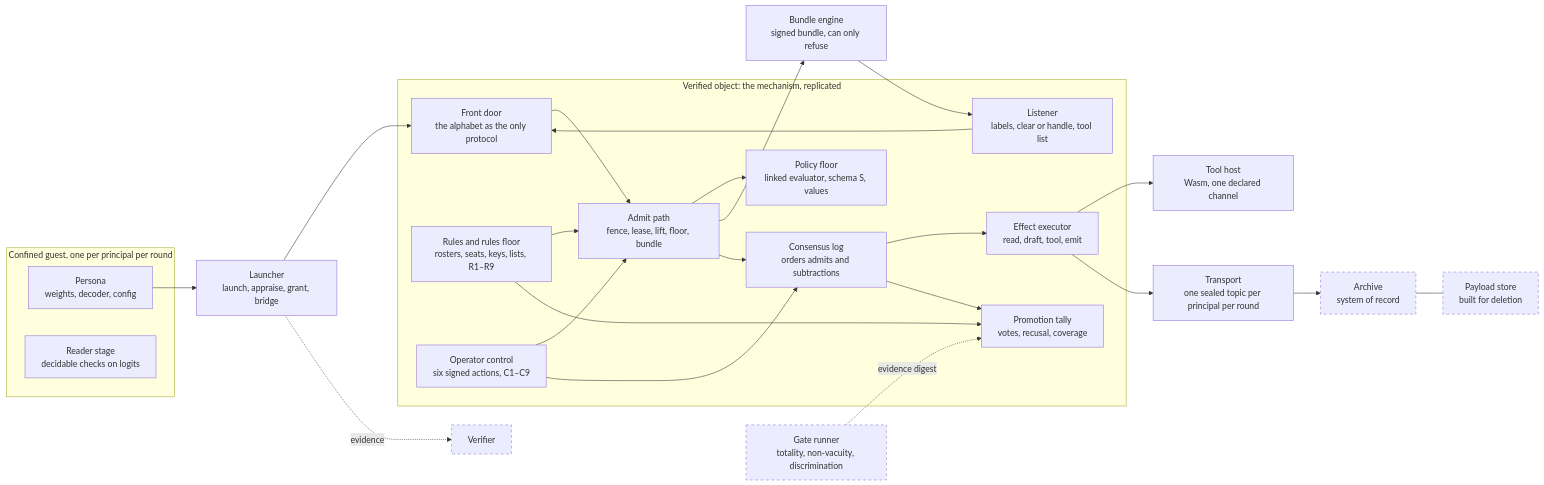
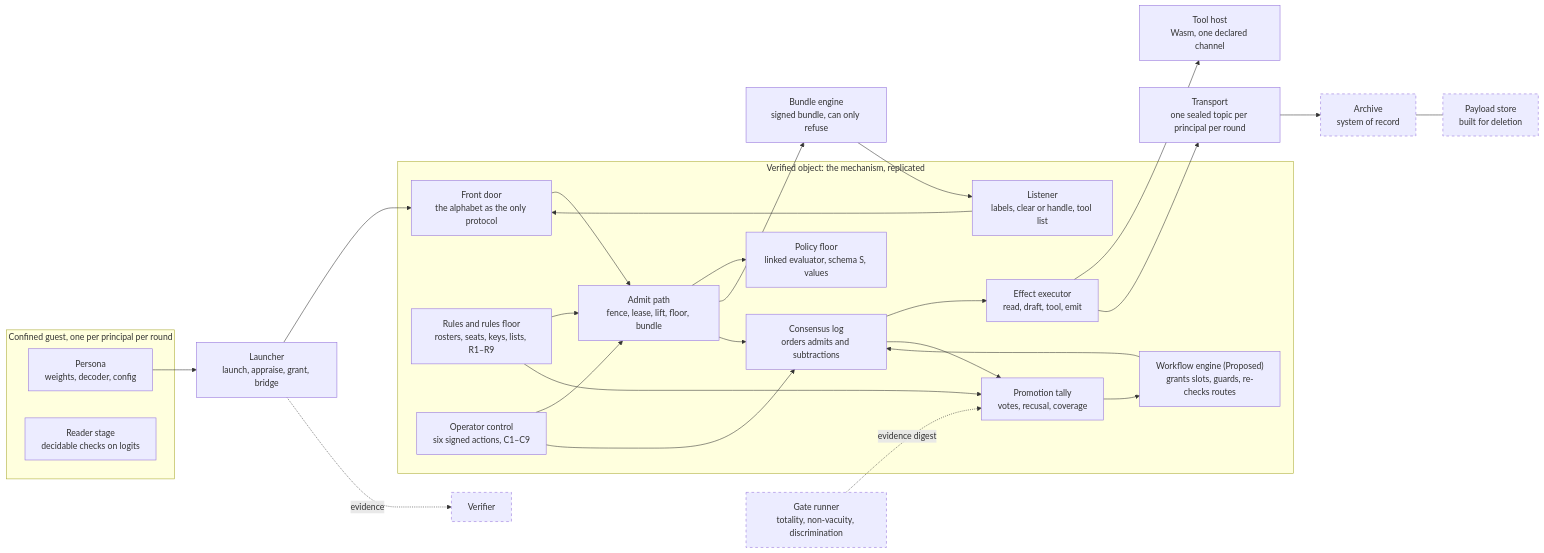
One commit to scottcochran/TOPAK changed the second of 13 diagrams in narrative/architecture-description.md. Above: the diagram before and after it, drawn with Mermaid. The commit also changed other lines of this file and 6 other files, not shown here.

Commit message:
Narrative against G11: ToO revision 15, glossary, architecture description rev 3, reviewer's guide

````diff
--- a/narrative/architecture-description.md
+++ b/narrative/architecture-description.md
@@ -253,44 +267,47 @@
 ```mermaid
 flowchart LR
   subgraph guest [Confined guest, one per principal per round]
     persona["Persona<br/>weights, decoder, config"]
     reader["Reader stage<br/>decidable checks on logits"]
   end
   launcher["Launcher<br/>launch, appraise, grant, bridge"]
   subgraph vo [Verified object: the mechanism, replicated]
     front["Front door<br/>the alphabet as the only protocol"]
     listener["Listener<br/>labels, clear or handle, tool list"]
     admit["Admit path<br/>fence, lease, lift, floor, bundle"]
     floor["Policy floor<br/>linked evaluator, schema S, values"]
     rules["Rules and rules floor<br/>rosters, seats, keys, lists, R1–R9"]
     control["Operator control<br/>six signed actions, C1–C9"]
     tally["Promotion tally<br/>votes, recusal, coverage"]
+    wf["Workflow engine (Proposed)<br/>grants slots, guards, re-checks routes"]
     log["Consensus log<br/>orders admits and subtractions"]
     effects["Effect executor<br/>read, draft, tool, emit"]
   end
   bundle["Bundle engine<br/>signed bundle, can only refuse"]
   toolhost["Tool host<br/>Wasm, one declared channel"]
   transport["Transport<br/>one sealed topic per principal per round"]
   archive["Archive<br/>system of record"]:::nb
   payload["Payload store<br/>built for deletion"]:::nb
   gates["Gate runner<br/>totality, non-vacuity, discrimination"]:::nb
   verifier["Verifier"]:::nb
 
   persona --> launcher --> front --> admit
   listener --> front
   bundle --> listener
   control --> admit
   control --> log
   admit --> floor
   admit --> bundle
   admit --> log --> effects
   rules --> admit
   rules --> tally
   log --> tally
+  tally --> wf
+  wf --> log
   effects --> toolhost
   effects --> transport --> archive
   archive --- payload
   gates -. "evidence digest" .-> tally
   launcher -. "evidence" .-> verifier
   classDef nb stroke-dasharray: 5 5
 ```
````
